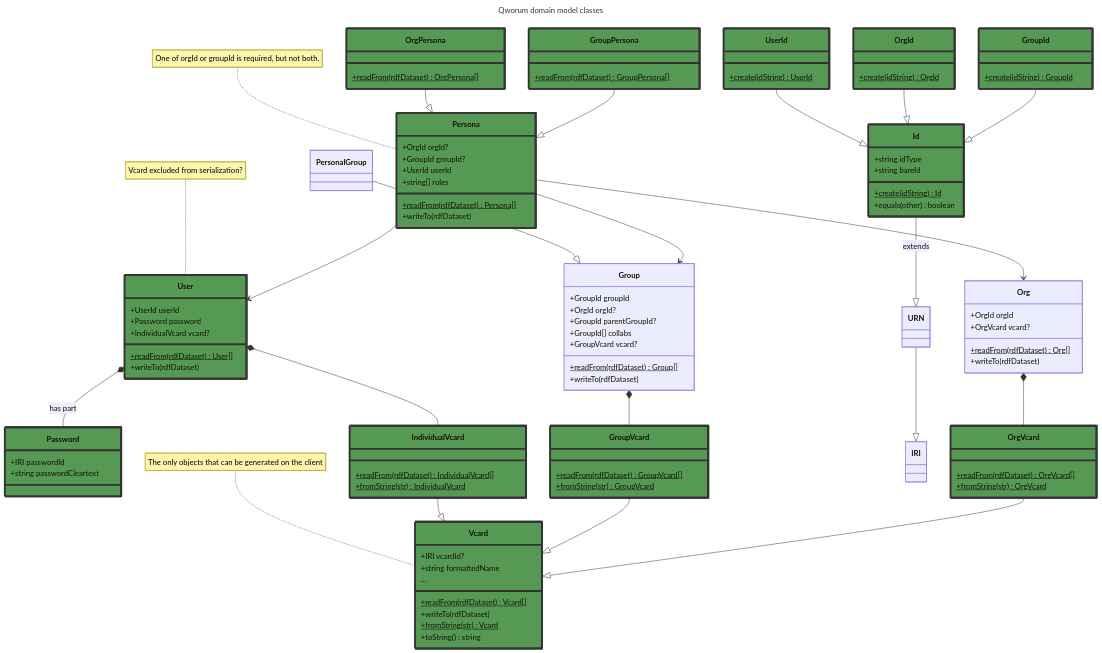
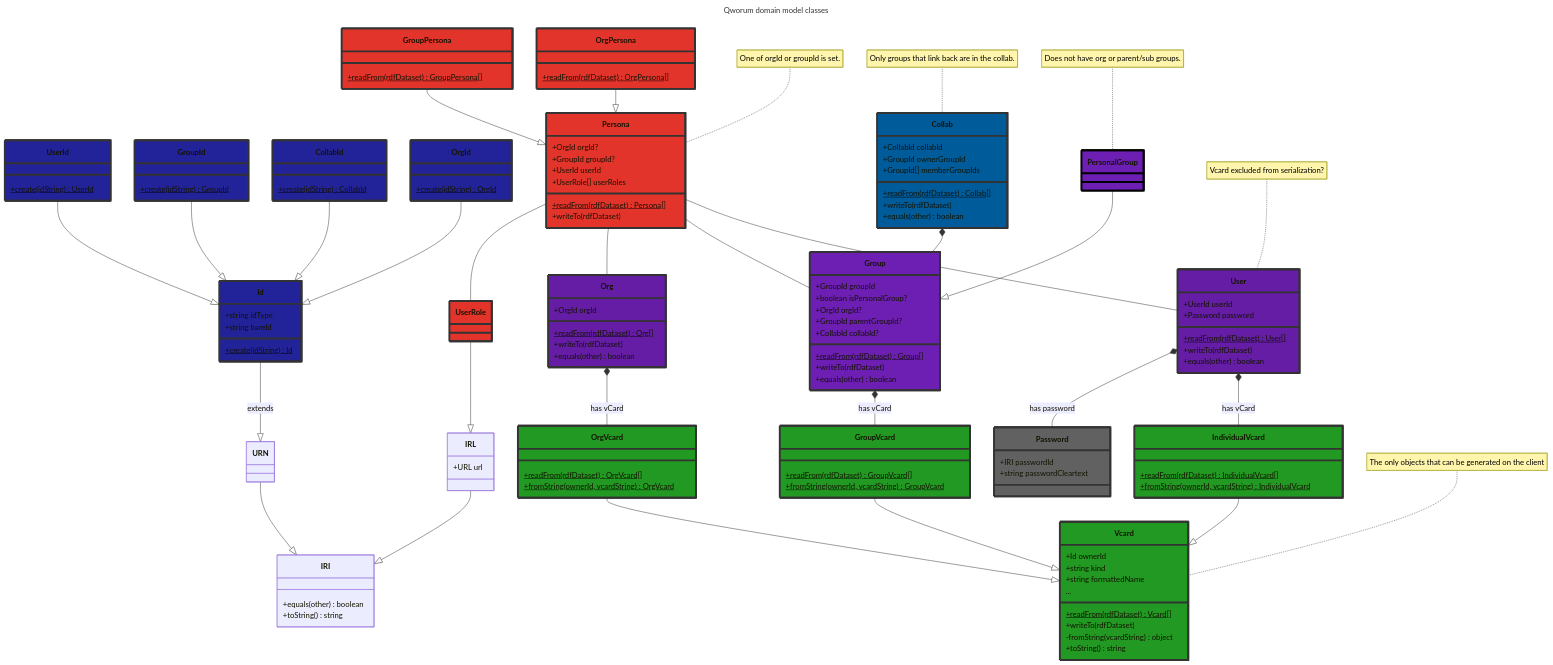
One commit to doga/qworum-domain-model changed the second of 2 diagrams in README.md. Above: the diagram before and after it, drawn with Mermaid. The commit also changed other lines of this file and 16 other files, not shown here.

````diff
--- a/README.md
+++ b/README.md
@@ -84,11 +103,17 @@
 title: Qworum domain model classes
 ---
 classDiagram
+  class IRI{
+    +equals(other) boolean
+    +toString() string
+  }
+  class IRL{
+    +URL url
+  }
   class Id{
     +string idType
     +string bareId
     +create(idString) Id$
-    +equals(other) boolean
   }
   class UserId{
     +create(idString) UserId$
@@ -96,36 +121,48 @@
   class GroupId{
     +create(idString) GroupId$
   }
+  class CollabId{
+    +create(idString) CollabId$
+  }
   class OrgId{
     +create(idString) OrgId$
   }
   class User{
     +UserId userId
     +Password password
-    +IndividualVcard vcard?
     +readFrom(rdfDataset) User[]$
     +writeTo(rdfDataset)
+    +equals(other) boolean
   }
   class Group{
     +GroupId groupId
+    +boolean isPersonalGroup?
     +OrgId orgId?
     +GroupId parentGroupId?
-    +GroupId[] collabs
-    +GroupVcard vcard?
+    +CollabId collabId?
     +readFrom(rdfDataset) Group[]$
     +writeTo(rdfDataset)
+    +equals(other) boolean
+  }
+  class Collab {
+    +CollabId collabId
+    +GroupId ownerGroupId
+    +GroupId[] memberGroupIds
+    +readFrom(rdfDataset) Collab[]$
+    +writeTo(rdfDataset)
+    +equals(other) boolean
   }
   class Org{
     +OrgId orgId
-    +OrgVcard vcard?
     +readFrom(rdfDataset) Org[]$
     +writeTo(rdfDataset)
+    +equals(other) boolean
   }
   class Persona{
     +OrgId orgId?
     +GroupId groupId?
     +UserId userId
-    +string[] roles
+    +UserRole[] userRoles
     +readFrom(rdfDataset) Persona[]$
     +writeTo(rdfDataset)
   }
@@ -140,61 +177,78 @@
     +string passwordCleartext
   }
   class Vcard{
-    +IRI vcardId?
+    +Id ownerId
+    +string kind
     +string formattedName
     ...
     +readFrom(rdfDataset) Vcard[]$
     +writeTo(rdfDataset)
-    +fromString(str) Vcard$
+    -fromString(vcardString) object
     +toString() string
   }
   class IndividualVcard{
     +readFrom(rdfDataset) IndividualVcard[]$
-    +fromString(str) IndividualVcard$
+    +fromString(ownerId, vcardString) IndividualVcard$
   }
   class GroupVcard{
     +readFrom(rdfDataset) GroupVcard[]$
-    +fromString(str) GroupVcard$
+    +fromString(ownerId, vcardString) GroupVcard$
   }
   class OrgVcard{
     +readFrom(rdfDataset) OrgVcard[]$
-    +fromString(str) OrgVcard$
+    +fromString(ownerId, vcardString) OrgVcard$
   }
 
-  note for Persona "One of orgId or groupId is required, but not both."
+  note for Collab "Only groups that link back are in the collab."
+  note for Persona "One of orgId or groupId is set."
   note for User "Vcard excluded from serialization?"
   note for Vcard "The only objects that can be generated on the client"
+  note for PersonalGroup "Does not have org or parent/sub groups."
 
   Id --|> URN : extends
   URN --|> IRI
+  IRL --|> IRI
+  UserRole --|> IRL
   UserId --|> Id
   OrgId --|> Id
   GroupId --|> Id
+  CollabId --|> Id
   IndividualVcard --|> Vcard
   GroupVcard --|> Vcard
   OrgVcard --|> Vcard
   PersonalGroup --|> Group
   OrgPersona --|> Persona
   GroupPersona --|> Persona
-  Org *-- OrgVcard
-  Group *-- GroupVcard
-  User *-- IndividualVcard
-  Persona --> User
-  Persona --> Group
-  Persona --> Org
-  User *-- Password : has part
+  Org *-- OrgVcard : has vCard
+  Group *-- GroupVcard : has vCard
+  Collab *-- Group
+  User *-- IndividualVcard : has vCard
+  Persona -- User
+  Persona -- Group
+  Persona -- Org
+  Persona -- UserRole
+  User *-- Password : has password
 
-  style Id fill:#595,stroke:#333,stroke-width:4px
-  style UserId fill:#595,stroke:#333,stroke-width:4px
-  style GroupId fill:#595,stroke:#333,stroke-width:4px
-  style OrgId fill:#595,stroke:#333,stroke-width:4px
-  style Password fill:#595,stroke:#333,stroke-width:4px
-  style User fill:#595,stroke:#333,stroke-width:4px
-  style Vcard fill:#595,stroke:#333,stroke-width:4px
-  style IndividualVcard fill:#595,stroke:#333,stroke-width:4px
-  style GroupVcard fill:#595,stroke:#333,stroke-width:4px
-  style OrgVcard fill:#595,stroke:#333,stroke-width:4px
-  style Persona fill:#595,stroke:#333,stroke-width:4px
-  style OrgPersona fill:#595,stroke:#333,stroke-width:4px
-  style GroupPersona fill:#595,stroke:#333,stroke-width:4px
+  style Id fill:#229,stroke:#333,stroke-width:4px
+  style UserId fill:#229,stroke:#333,stroke-width:4px
+  style GroupId fill:#229,stroke:#333,stroke-width:4px
+  style CollabId fill:#229,stroke:#333,stroke-width:4px
+  style OrgId fill:#229,stroke:#333,stroke-width:4px
+  style UserRole fill:#E3342C,stroke:#333,stroke-width:4px
+
+  style Org fill:#641DA4,stroke:#333,stroke-width:4px
+  style Group fill:#6D1FB3,stroke:#333,stroke-width:4px
+  style Collab fill:#005B9B,stroke:#333,stroke-width:4px
+  style PersonalGroup fill:#6D1FB3,stroke:black,stroke-width:4px
+  style User fill:#641DA4,stroke:#333,stroke-width:4px
+  style Password fill:#616161,stroke:#333,stroke-width:4px
+
+  style Vcard fill:#292,stroke:#333,stroke-width:4px
+  style IndividualVcard fill:#292,stroke:#333,stroke-width:4px
+  style GroupVcard fill:#292,stroke:#333,stroke-width:4px
+  style OrgVcard fill:#292,stroke:#333,stroke-width:4px
+
+  style Persona fill:#E3342C,stroke:#333,stroke-width:4px
+  style OrgPersona fill:#E3342C,stroke:#333,stroke-width:4px
+  style GroupPersona fill:#E3342C,stroke:#333,stroke-width:4px
 ```
````
